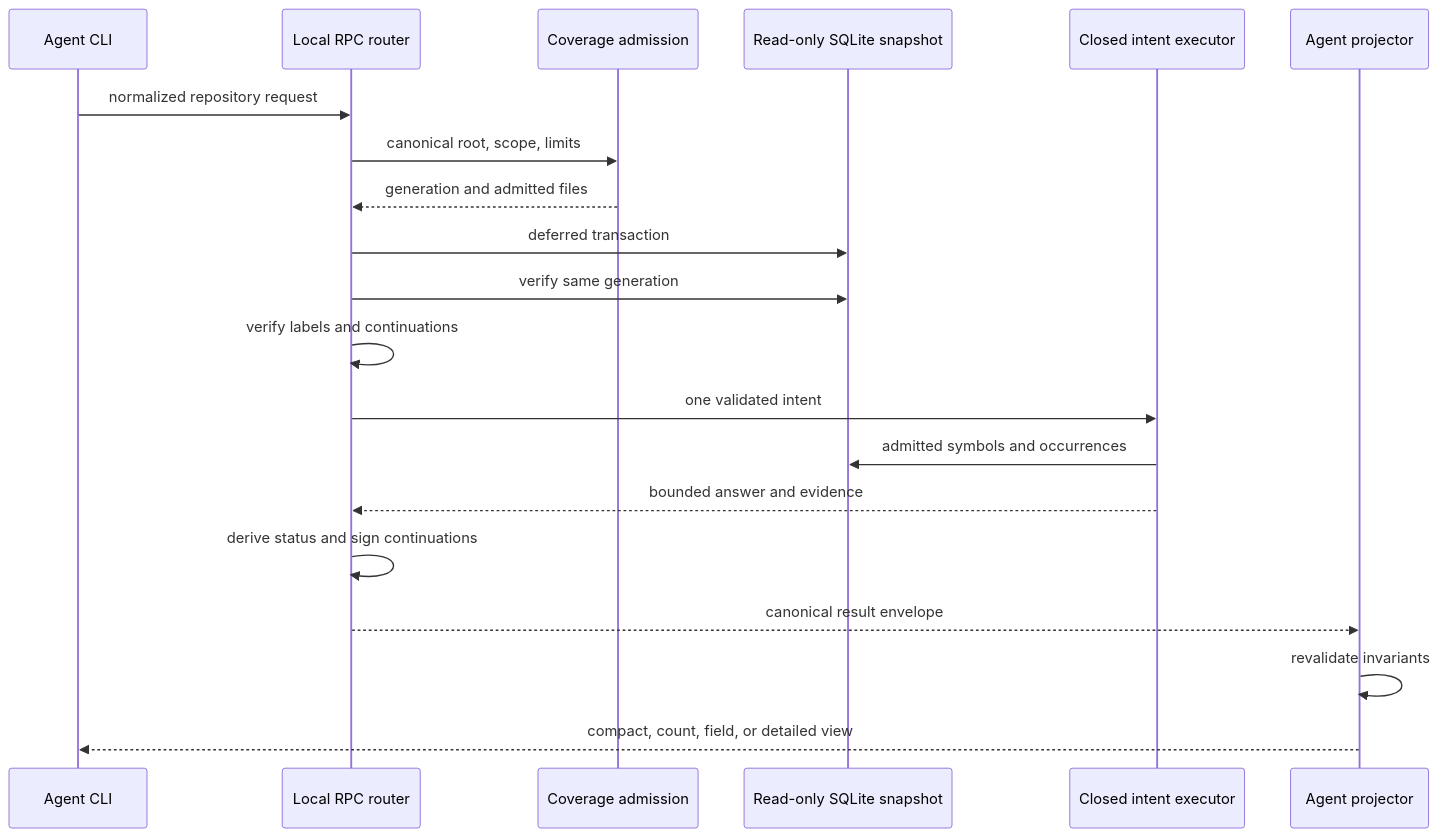
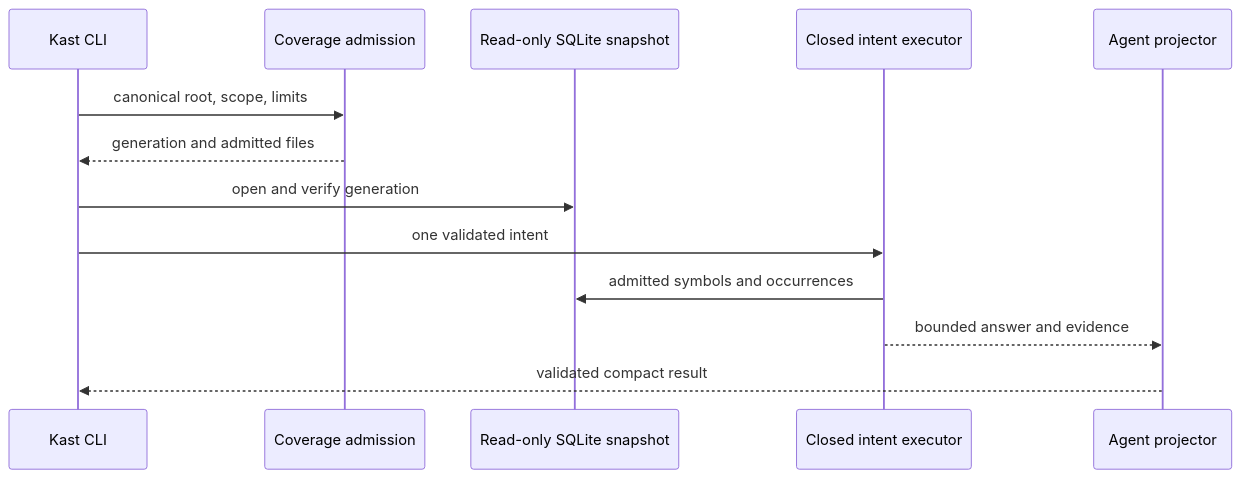
One commit to amichne/kast changed the second of 2 diagrams in docs/explanation/repository-intelligence.md. Above: the diagram before and after it, drawn with Mermaid. The commit also changed other lines of this file and 792 other files, not shown here.

Commit message:
refactor: converge on one Kast indexer

````diff
--- a/docs/explanation/repository-intelligence.md
+++ b/docs/explanation/repository-intelligence.md
@@ -177,23 +134,16 @@
 ```mermaid
 sequenceDiagram
-    participant CLI as Agent CLI
-    participant RPC as Local RPC router
+    participant CLI as Kast CLI
     participant Coverage as Coverage admission
     participant DB as Read-only SQLite snapshot
     participant Intent as Closed intent executor
     participant Projection as Agent projector
 
-    CLI->>RPC: normalized repository request
-    RPC->>Coverage: canonical root, scope, limits
-    Coverage-->>RPC: generation and admitted files
-    RPC->>DB: deferred transaction
-    RPC->>DB: verify same generation
-    RPC->>RPC: verify labels and continuations
-    RPC->>Intent: one validated intent
+    CLI->>Coverage: canonical root, scope, limits
+    Coverage-->>CLI: generation and admitted files
+    CLI->>DB: open and verify generation
+    CLI->>Intent: one validated intent
     Intent->>DB: admitted symbols and occurrences
-    Intent-->>RPC: bounded answer and evidence
-    RPC->>RPC: derive status and sign continuations
-    RPC-->>Projection: canonical result envelope
-    Projection->>Projection: revalidate invariants
-    Projection-->>CLI: compact, count, field, or detailed view
+    Intent-->>Projection: bounded answer and evidence
+    Projection-->>CLI: validated compact result
 ```
````
